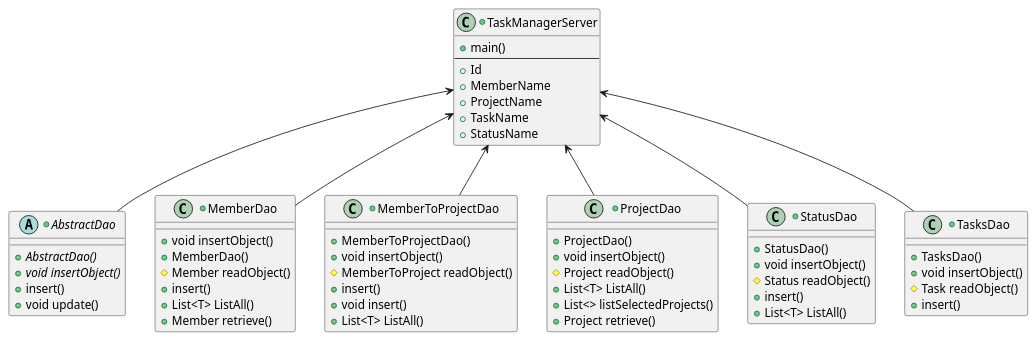
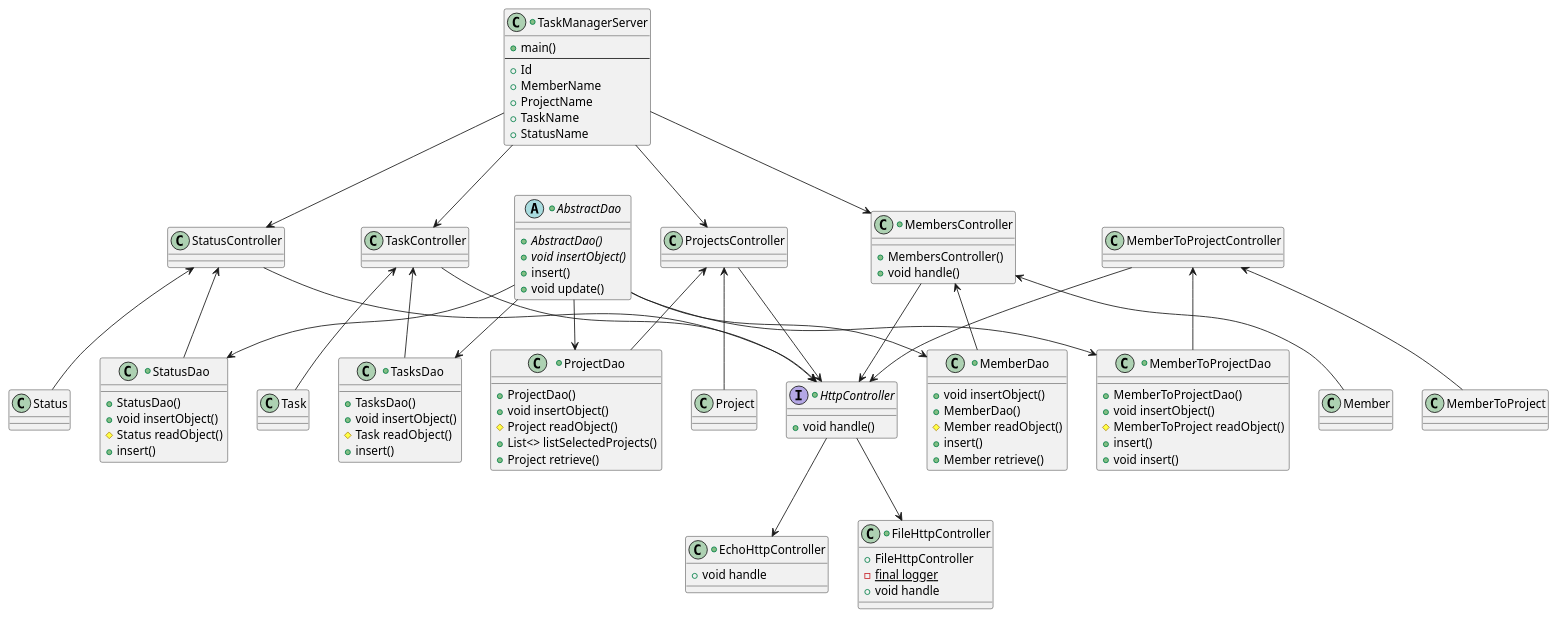
Before and after one commit to iaffs/advanced-java-exam: the diagram in doc/sequence.puml, drawn with PlantUML. The commit also changed 9 other files, not shown here.

Commit message:
adds plantUML and database changes :card_file_box:

```diff
--- a/doc/sequence.puml
+++ b/doc/sequence.puml
@@ -1,71 +1,114 @@
 @startuml
 
-TaskManagerServer <-- AbstractDao
-TaskManagerServer <-- MemberDao
-TaskManagerServer <-- MemberToProjectDao
-TaskManagerServer <-- ProjectDao
-TaskManagerServer <-- StatusDao
-TaskManagerServer <-- TasksDao
+TaskManagerServer --> MembersController
+TaskManagerServer --> ProjectsController
+TaskManagerServer --> StatusController
+TaskManagerServer --> TaskController
+
+AbstractDao --> MemberDao
+AbstractDao --> ProjectDao
+AbstractDao --> MemberToProjectDao
+AbstractDao --> StatusDao
+AbstractDao --> TasksDao
+
+MembersController <-- Member
+MembersController <-- MemberDao
+
+MemberToProjectController <-- MemberToProject
+MemberToProjectController <-- MemberToProjectDao
+
+ProjectsController <-- Project
+ProjectsController <-- ProjectDao
+
+StatusController <-- Status
+StatusController <-- StatusDao
+
+TaskController <-- Task
+TaskController <-- TasksDao
+
+HttpController --> EchoHttpController
+HttpController --> FileHttpController
+
+MembersController --> HttpController
+MemberToProjectController --> HttpController
+ProjectsController --> HttpController
+StatusController --> HttpController
+TaskController --> HttpController
 
 
 +class TaskManagerServer {
 +main()
 ----
 +Id
 +MemberName
 +ProjectName
 +TaskName
 +StatusName
 }
-
 
 +abstract class AbstractDao {
 +{abstract} AbstractDao()
 +{abstract} void insertObject()
 +insert()
 + void update()
 }
 
 +class MemberDao {
 + void insertObject()
 +MemberDao()
 #Member readObject()
 + insert()
-+List<T> ListAll()
 +Member retrieve()
+}
+
++class MembersController {
++ MembersController()
++ void handle()
 }
 
 +class MemberToProjectDao {
 + MemberToProjectDao()
 + void insertObject()
 # MemberToProject readObject()
 + insert()
 + void insert()
-+List<T> ListAll()
 }
 
 +class ProjectDao {
 + ProjectDao()
 + void insertObject()
 # Project readObject()
-+List<T> ListAll()
 +List<> listSelectedProjects()
 + Project retrieve()
 }
 
 +class TasksDao {
 + TasksDao()
 + void insertObject()
 # Task readObject()
 + insert()
 
 }
 
 +class StatusDao {
 + StatusDao()
 + void insertObject()
 # Status readObject()
 + insert()
-+ List<T> ListAll()
 }
+
++interface HttpController {
++ void handle()
+}
+
++class EchoHttpController {
++ void handle
+}
+
++class FileHttpController {
++ FileHttpController
+- {static} final logger
++ void handle
+}
+
 @enduml
```
